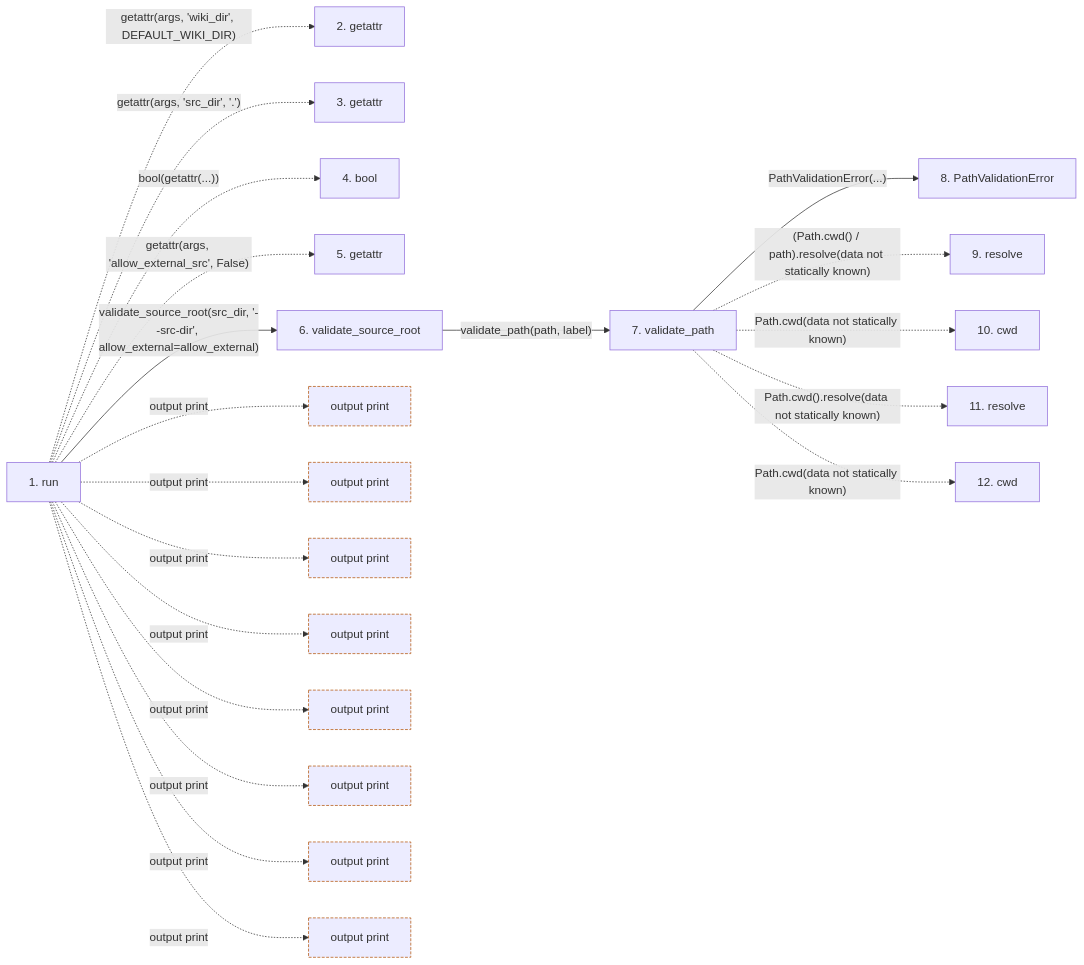
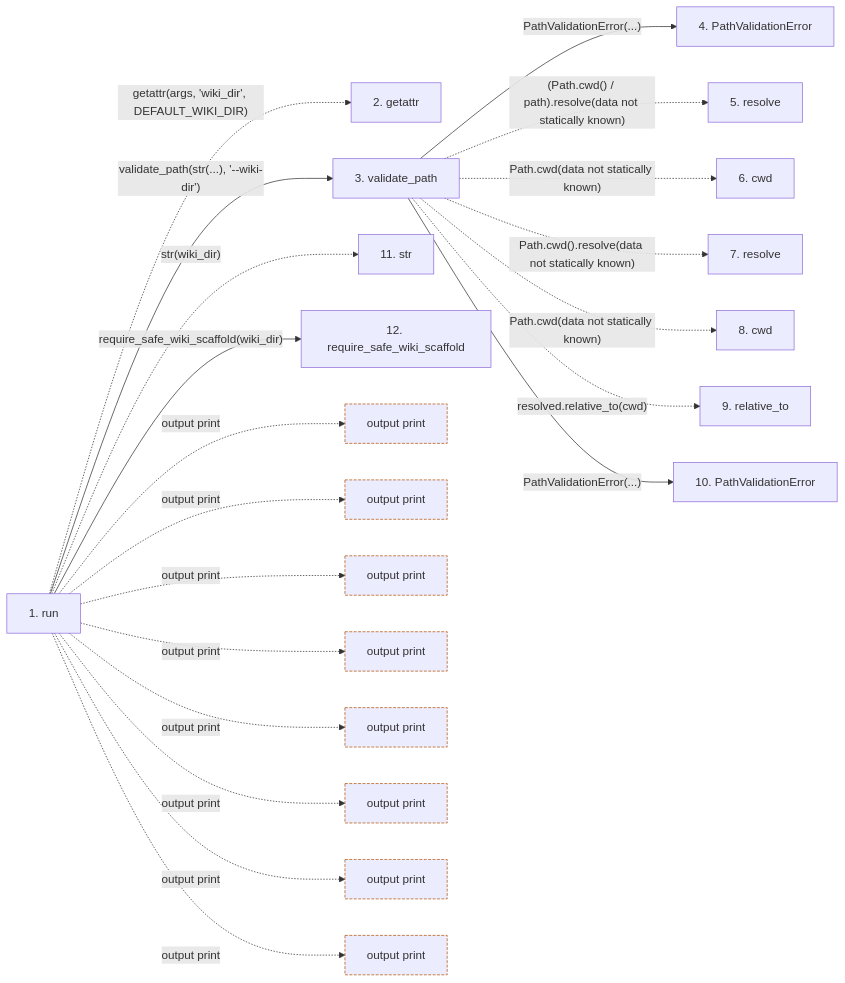
The second of 2 diagrams in docs/llm_wiki/flows/cli-status.md (Denissvgn/python-wiki-llm), drawn with Mermaid before and after one commit. The commit also changed other lines of this file and 364 other files, not shown here.

````diff
--- a/docs/llm_wiki/flows/cli-status.md
+++ b/docs/llm_wiki/flows/cli-status.md
@@ -97,55 +103,56 @@
 ```mermaid
 flowchart LR
     s1["1. run"]
     s2["2. getattr"]
-    s3["3. getattr"]
-    s4["4. bool"]
-    s5["5. getattr"]
-    s6["6. validate_source_root"]
-    s7["7. validate_path"]
-    s8["8. PathValidationError"]
-    s9["9. resolve"]
-    s10["10. cwd"]
-    s11["11. resolve"]
-    s12["12. cwd"]
+    s3["3. validate_path"]
+    s4["4. PathValidationError"]
+    s5["5. resolve"]
+    s6["6. cwd"]
+    s7["7. resolve"]
+    s8["8. cwd"]
+    s9["9. relative_to"]
+    s10["10. PathValidationError"]
+    s11["11. str"]
+    s12["12. require_safe_wiki_scaffold"]
     s1 -. "getattr(args, 'wiki_dir', DEFAULT_WIKI_DIR)" .-> s2
-    s1 -. "getattr(args, 'src_dir', '.')" .-> s3
-    s1 -. "bool(getattr(...))" .-> s4
-    s1 -. "getattr(args, 'allow_external_src', False)" .-> s5
-    s1 -->|"validate_source_root(src_dir, '--src-dir', allow_external=allow_external)"| s6
-    s6 -->|"validate_path(path, label)"| s7
-    s7 -->|"PathValidationError(...)"| s8
-    s7 -. "(Path.cwd() / path).resolve(data not statically known)" .-> s9
-    s7 -. "Path.cwd(data not statically known)" .-> s10
-    s7 -. "Path.cwd().resolve(data not statically known)" .-> s11
-    s7 -. "Path.cwd(data not statically known)" .-> s12
+    s1 -->|"validate_path(str(...), '--wiki-dir')"| s3
+    s3 -->|"PathValidationError(...)"| s4
+    s3 -. "(Path.cwd() / path).resolve(data not statically known)" .-> s5
+    s3 -. "Path.cwd(data not statically known)" .-> s6
+    s3 -. "Path.cwd().resolve(data not statically known)" .-> s7
+    s3 -. "Path.cwd(data not statically known)" .-> s8
+    s3 -. "resolved.relative_to(cwd)" .-> s9
+    s3 -->|"PathValidationError(...)"| s10
+    s1 -. "str(wiki_dir)" .-> s11
+    s1 -->|"require_safe_wiki_scaffold(wiki_dir)"| s12
     b0["output print"]
     s1 -. "output print" .-> b0
     b1["output print"]
     s1 -. "output print" .-> b1
     b2["output print"]
     s1 -. "output print" .-> b2
     b3["output print"]
     s1 -. "output print" .-> b3
     b4["output print"]
     s1 -. "output print" .-> b4
     b5["output print"]
     s1 -. "output print" .-> b5
     b6["output print"]
     s1 -. "output print" .-> b6
     b7["output print"]
     s1 -. "output print" .-> b7
     click s1 "../modules/status_cmd.md"
-    click s6 "../modules/config.md"
-    click s7 "../modules/config.md"
-    click s8 "../modules/config.md"
+    click s3 "../modules/config.md"
+    click s4 "../modules/config.md"
+    click s10 "../modules/config.md"
+    click s12 "../modules/wiki_lifecycle.md"
     classDef boundary stroke:#b45309,stroke-dasharray: 4 2
     class b0 boundary
     class b1 boundary
     class b2 boundary
     class b3 boundary
     class b4 boundary
     class b5 boundary
     class b6 boundary
     class b7 boundary
 ```
````
